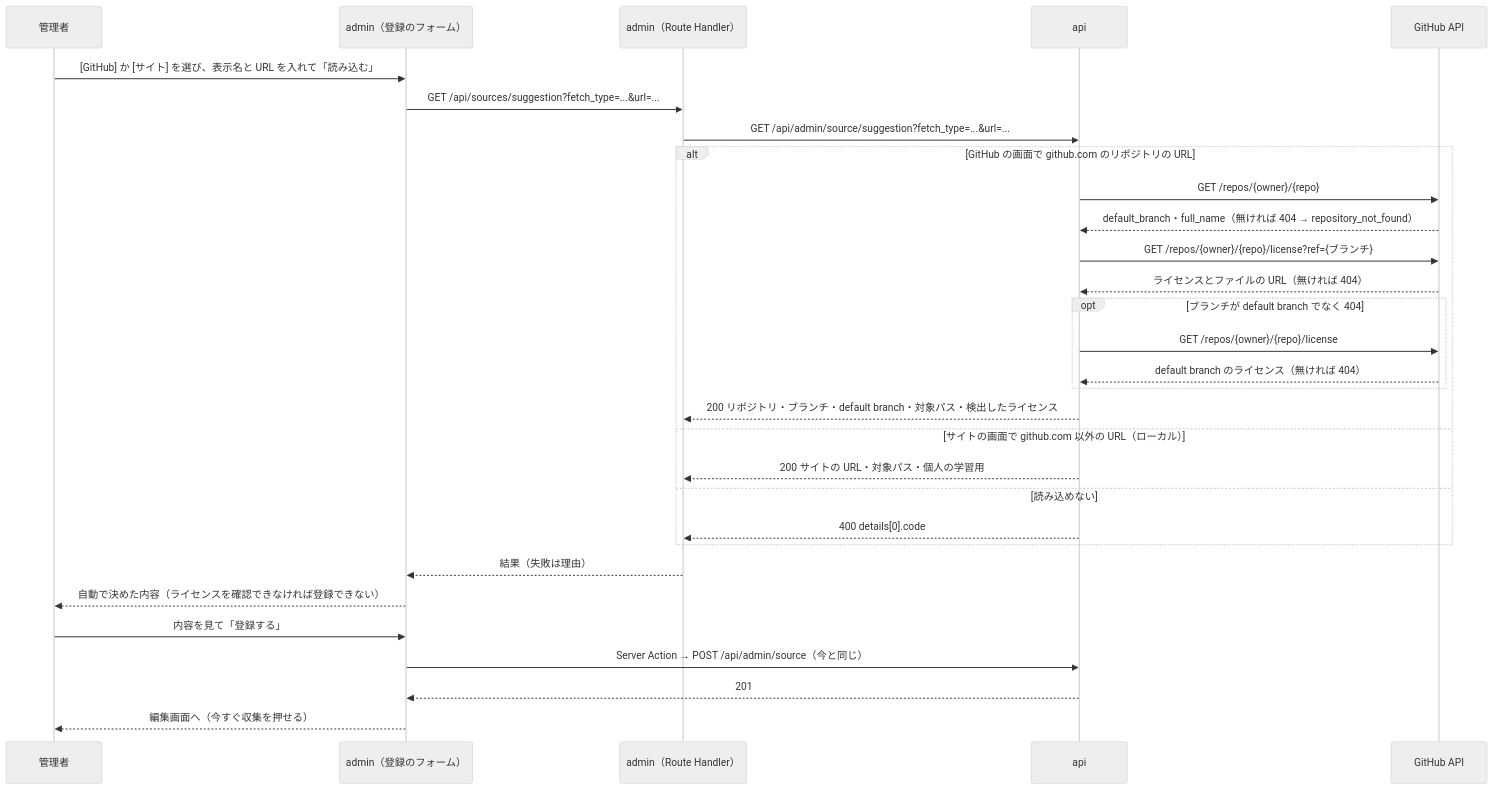
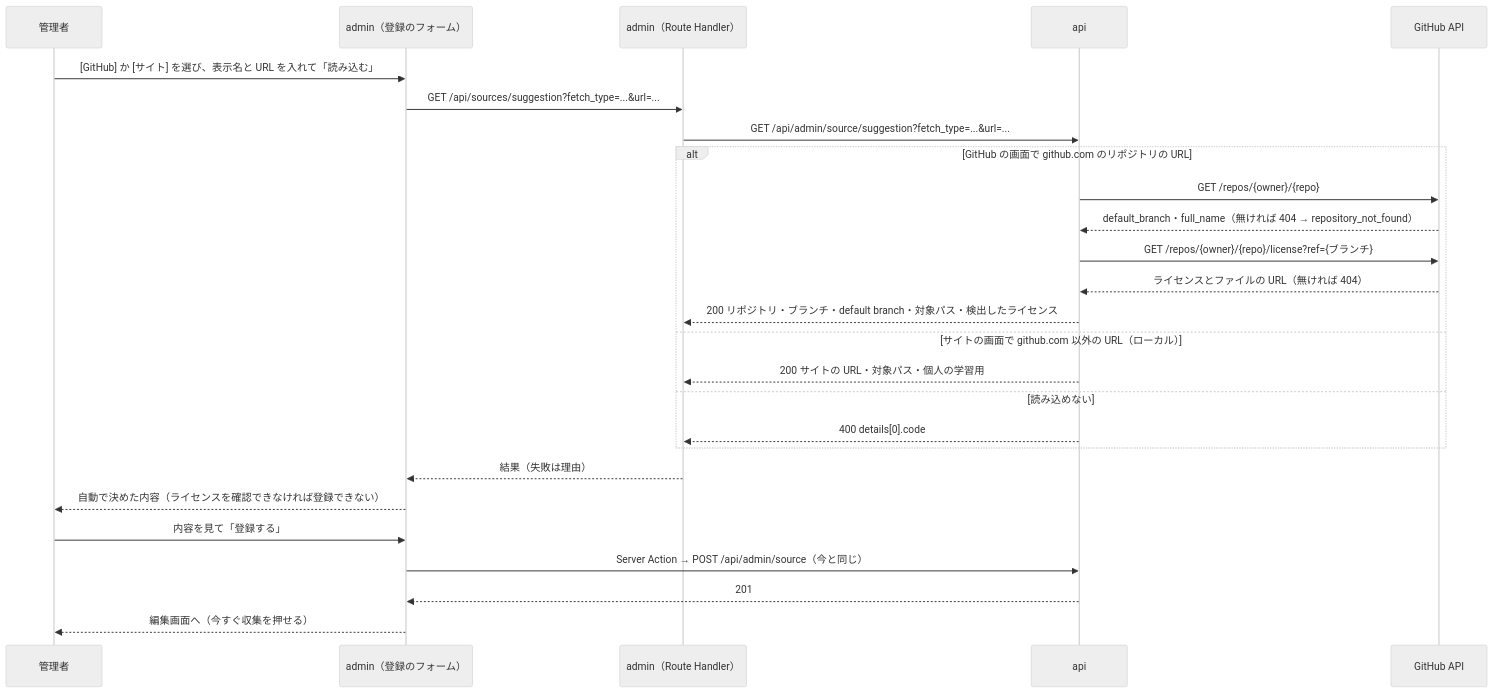
Before and after one commit to kentakki416/tech-english: the diagram in docs/spec/source-registration-by-url/README.md, drawn with Mermaid (neutral theme). The commit also changed other lines of this file and 10 other files, not shown here.

Commit message:
fix(api): pr-review（#103）の指摘を直す（読み込んだブランチのライセンスだけを見て default branch を見直さないようにし、無いブランチを別のブランチのライセンスで登録できないようにする。コメントと設計書の図の種別を今の挙動に合わせる）

````diff
--- a/docs/spec/source-registration-by-url/README.md
+++ b/docs/spec/source-registration-by-url/README.md
@@ -284,33 +283,29 @@
 ```mermaid
 sequenceDiagram
     participant A as 管理者
     participant F as admin（登録のフォーム）
     participant R as admin（Route Handler）
     participant API as api
     participant GH as GitHub API
 
     A->>F: [GitHub] か [サイト] を選び、表示名と URL を入れて「読み込む」
     F->>R: GET /api/sources/suggestion?fetch_type=...&url=...
     R->>API: GET /api/admin/source/suggestion?fetch_type=...&url=...
     alt GitHub の画面で github.com のリポジトリの URL
         API->>GH: GET /repos/{owner}/{repo}
         GH-->>API: default_branch・full_name（無ければ 404 → repository_not_found）
         API->>GH: GET /repos/{owner}/{repo}/license?ref={ブランチ}
         GH-->>API: ライセンスとファイルの URL（無ければ 404）
-        opt ブランチが default branch でなく 404
-            API->>GH: GET /repos/{owner}/{repo}/license
-            GH-->>API: default branch のライセンス（無ければ 404）
-        end
         API-->>R: 200 リポジトリ・ブランチ・default branch・対象パス・検出したライセンス
     else サイトの画面で github.com 以外の URL（ローカル）
         API-->>R: 200 サイトの URL・対象パス・個人の学習用
     else 読み込めない
         API-->>R: 400 details[0].code
     end
     R-->>F: 結果（失敗は理由）
     F-->>A: 自動で決めた内容（ライセンスを確認できなければ登録できない）
     A->>F: 内容を見て「登録する」
     F->>API: Server Action → POST /api/admin/source（今と同じ）
     API-->>F: 201
     F-->>A: 編集画面へ（今すぐ収集を押せる）
 ```
````
